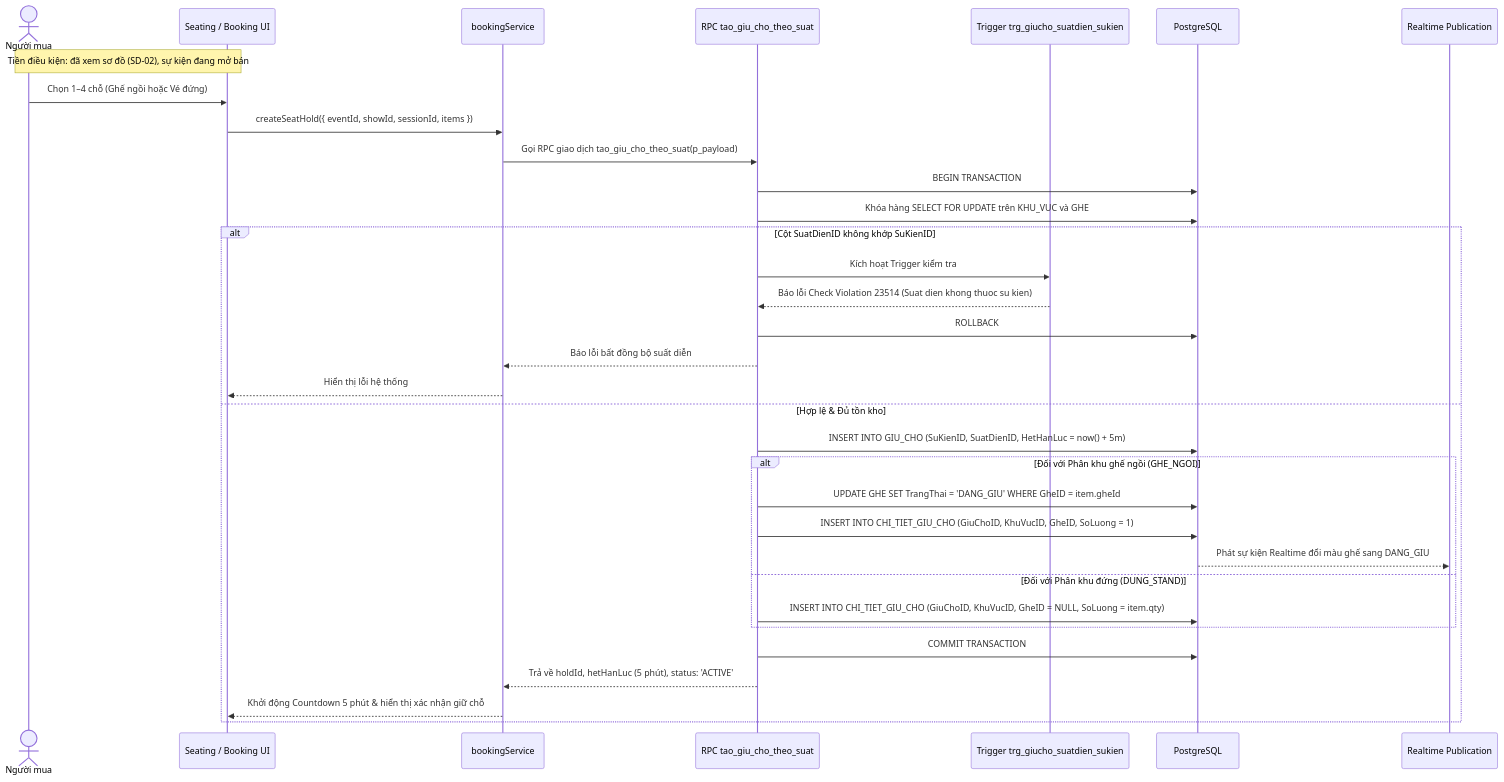
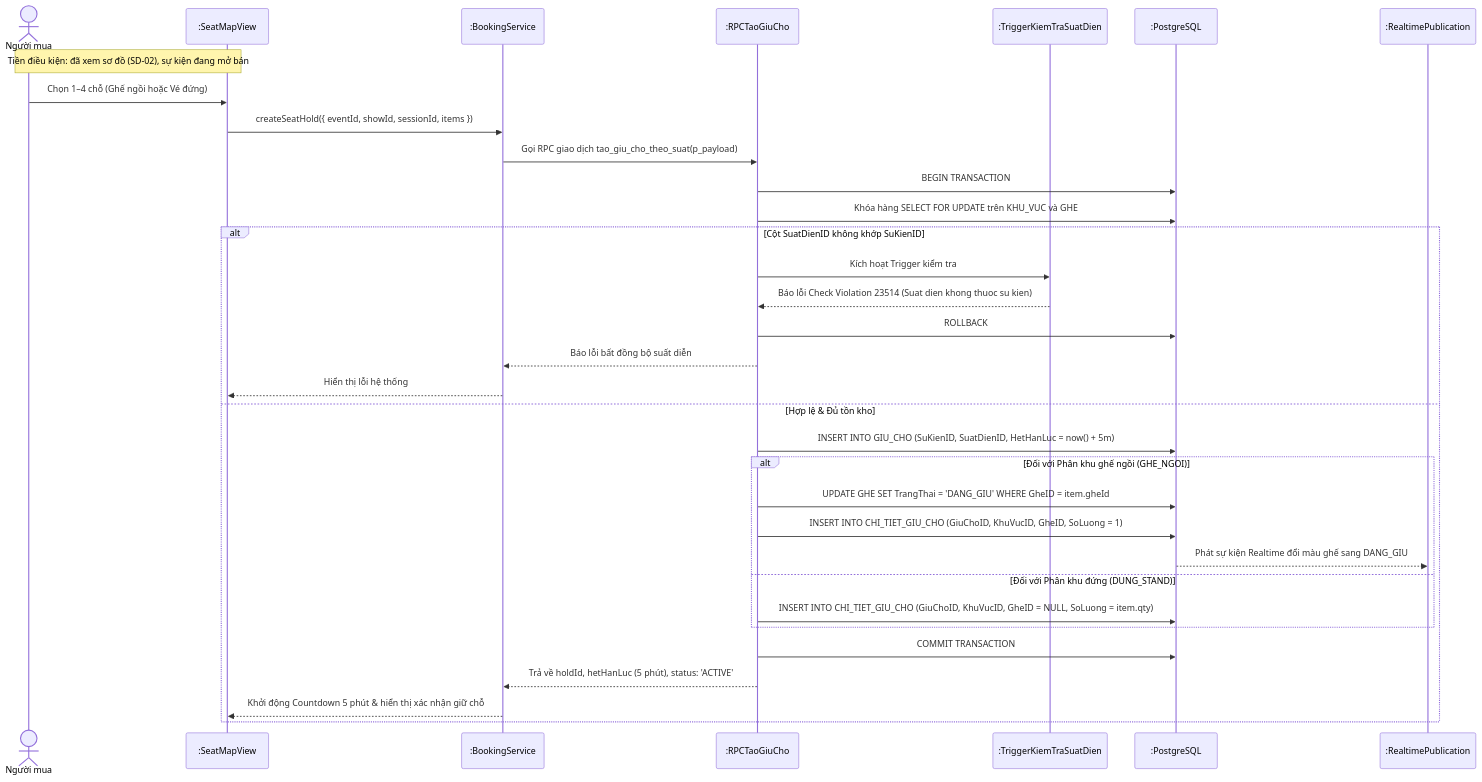
Before and after one commit to minhdc2011/EVENTTICKETING: diagram 14 of 16 in docs/sprint1-deliverables/02_ANALYSIS_AND_SYSTEM_DESIGN.md, drawn with Mermaid. The commit also changed other lines of this file, not shown here.

Commit message:
docs: add colon prefix to object lifelines in sequence diagrams

````diff
--- a/docs/sprint1-deliverables/02_ANALYSIS_AND_SYSTEM_DESIGN.md
+++ b/docs/sprint1-deliverables/02_ANALYSIS_AND_SYSTEM_DESIGN.md
@@ -965,38 +967,38 @@
 ```mermaid
 sequenceDiagram
   actor U as Người mua
-  participant UI as Seating / Booking UI
-  participant BS as bookingService
-  participant RPC as RPC tao_giu_cho_theo_suat
-  participant TRG as Trigger trg_giucho_suatdien_sukien
-  participant DB as PostgreSQL
-  participant WS as Realtime Publication
+  participant UI as :SeatMapView
+  participant BS as :BookingService
+  participant RPC as :RPCTaoGiuCho
+  participant TRG as :TriggerKiemTraSuatDien
+  participant DB as :PostgreSQL
+  participant WS as :RealtimePublication
 
   Note over U,UI: Tiền điều kiện: đã xem sơ đồ (SD-02), sự kiện đang mở bán
 
   U->>UI: Chọn 1–4 chỗ (Ghế ngồi hoặc Vé đứng)
   UI->>BS: createSeatHold({ eventId, showId, sessionId, items })
   BS->>RPC: Gọi RPC giao dịch tao_giu_cho_theo_suat(p_payload)
   RPC->>DB: BEGIN TRANSACTION;
   RPC->>DB: Khóa hàng SELECT FOR UPDATE trên KHU_VUC và GHE
 
   alt Cột SuatDienID không khớp SuKienID
     RPC->>TRG: Kích hoạt Trigger kiểm tra
     TRG-->>RPC: Báo lỗi Check Violation 23514 (Suat dien khong thuoc su kien)
     RPC->>DB: ROLLBACK;
     RPC-->>BS: Báo lỗi bất đồng bộ suất diễn
     BS-->>UI: Hiển thị lỗi hệ thống
   else Hợp lệ & Đủ tồn kho
     RPC->>DB: INSERT INTO GIU_CHO (SuKienID, SuatDienID, HetHanLuc = now() + 5m)
     alt Đối với Phân khu ghế ngồi (GHE_NGOI)
       RPC->>DB: UPDATE GHE SET TrangThai = 'DANG_GIU' WHERE GheID = item.gheId
       RPC->>DB: INSERT INTO CHI_TIET_GIU_CHO (GiuChoID, KhuVucID, GheID, SoLuong = 1)
       DB-->>WS: Phát sự kiện Realtime đổi màu ghế sang DANG_GIU
     else Đối với Phân khu đứng (DUNG_STAND)
       RPC->>DB: INSERT INTO CHI_TIET_GIU_CHO (GiuChoID, KhuVucID, GheID = NULL, SoLuong = item.qty)
     end
     RPC->>DB: COMMIT TRANSACTION;
     RPC-->>BS: Trả về holdId, hetHanLuc (5 phút), status: 'ACTIVE'
     BS-->>UI: Khởi động Countdown 5 phút & hiển thị xác nhận giữ chỗ
   end
 ```
````
